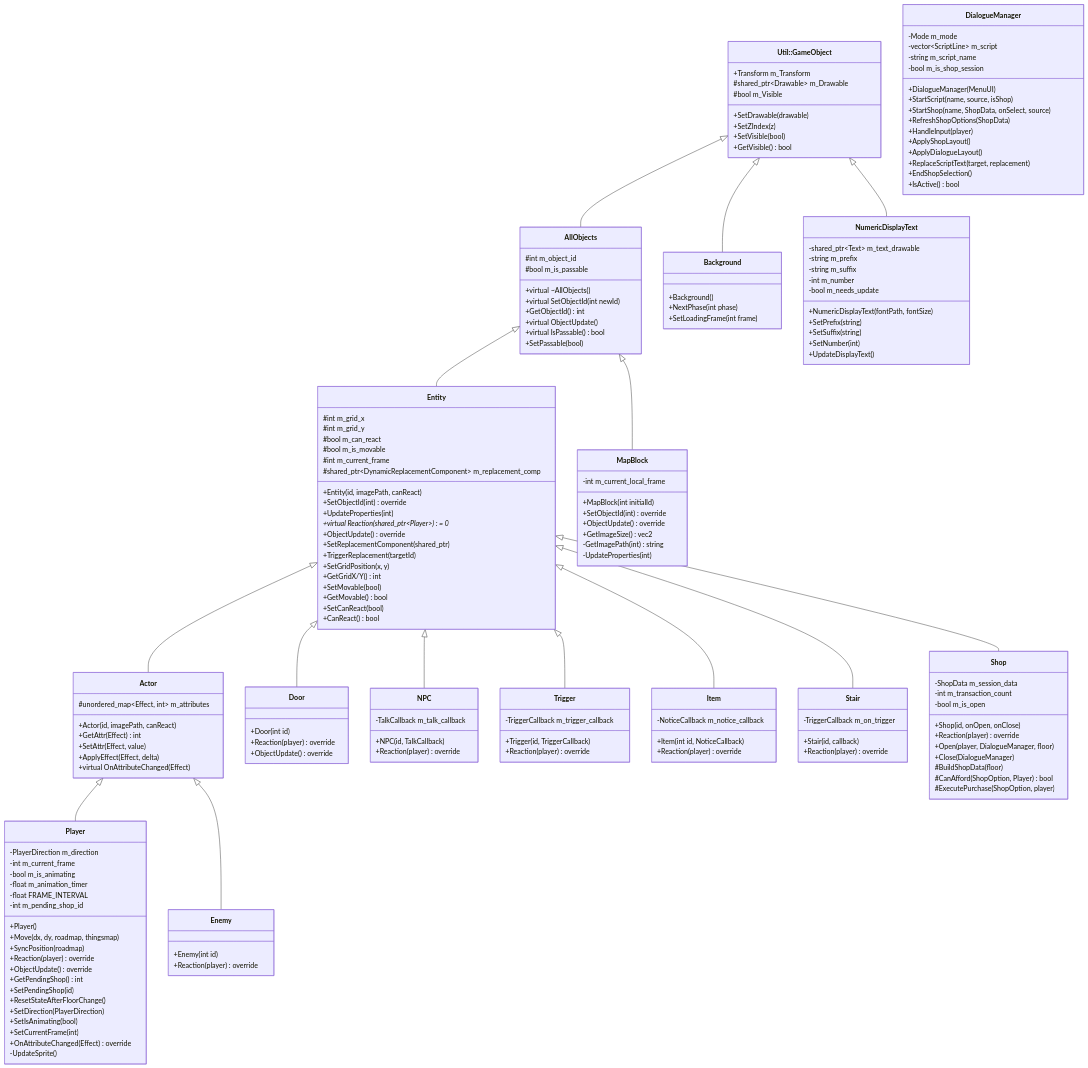
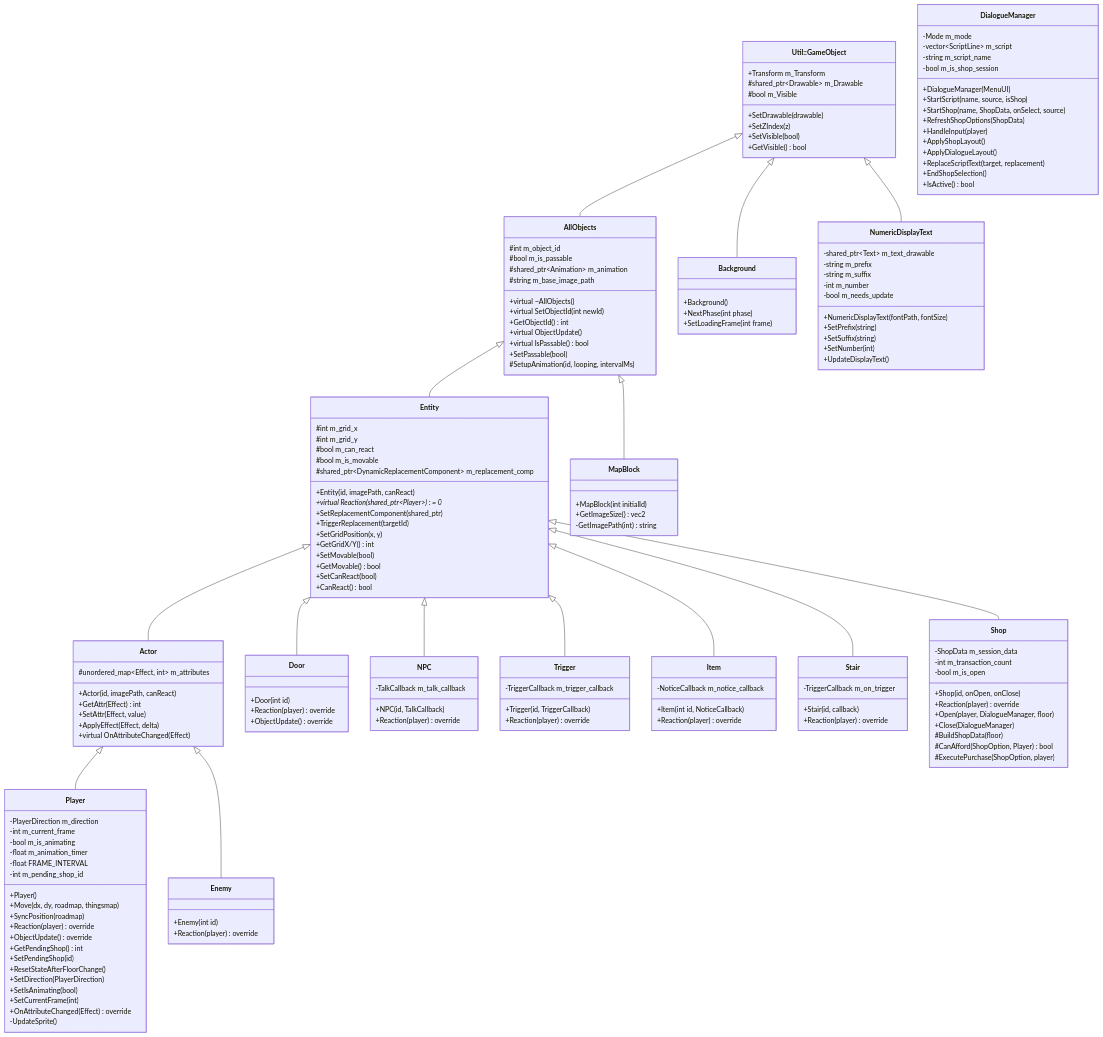
One commit to XWJWPIY/schoolwork_recreate_magic_tower changed the first of 4 diagrams in Constructure.md. Above: the diagram before and after it, drawn with Mermaid. The commit also changed other lines of this file and 9 other files, not shown here.

Commit message:
refactor: unify animation architecture and simplify entity hierarchy

```diff
--- a/Constructure.md
+++ b/Constructure.md
@@ -19,12 +19,15 @@
     class AllObjects {
         #int m_object_id
         #bool m_is_passable
+        #shared_ptr~Animation~ m_animation
+        #string m_base_image_path
         +virtual ~AllObjects()
         +virtual SetObjectId(int newId)
         +GetObjectId() int
         +virtual ObjectUpdate()
         +virtual IsPassable() bool
         +SetPassable(bool)
+        #SetupAnimation(id, looping, intervalMs)
     }
 
     class DialogueManager {
@@ -49,13 +52,9 @@
         #int m_grid_y
         #bool m_can_react
         #bool m_is_movable
-        #int m_current_frame
         #shared_ptr~DynamicReplacementComponent~ m_replacement_comp
         +Entity(id, imagePath, canReact)
-        +SetObjectId(int) override
-        +UpdateProperties(int)
         +virtual Reaction(shared_ptr~Player~) = 0*
-        +ObjectUpdate() override
         +SetReplacementComponent(shared_ptr)
         +TriggerReplacement(targetId)
         +SetGridPosition(x, y)
@@ -76,13 +75,9 @@
     }
 
     class MapBlock {
-        -int m_current_local_frame
         +MapBlock(int initialId)
-        +SetObjectId(int) override
-        +ObjectUpdate() override
         +GetImageSize() vec2
         -GetImagePath(int) string
-        -UpdateProperties(int)
     }
 
     class Player {
```
